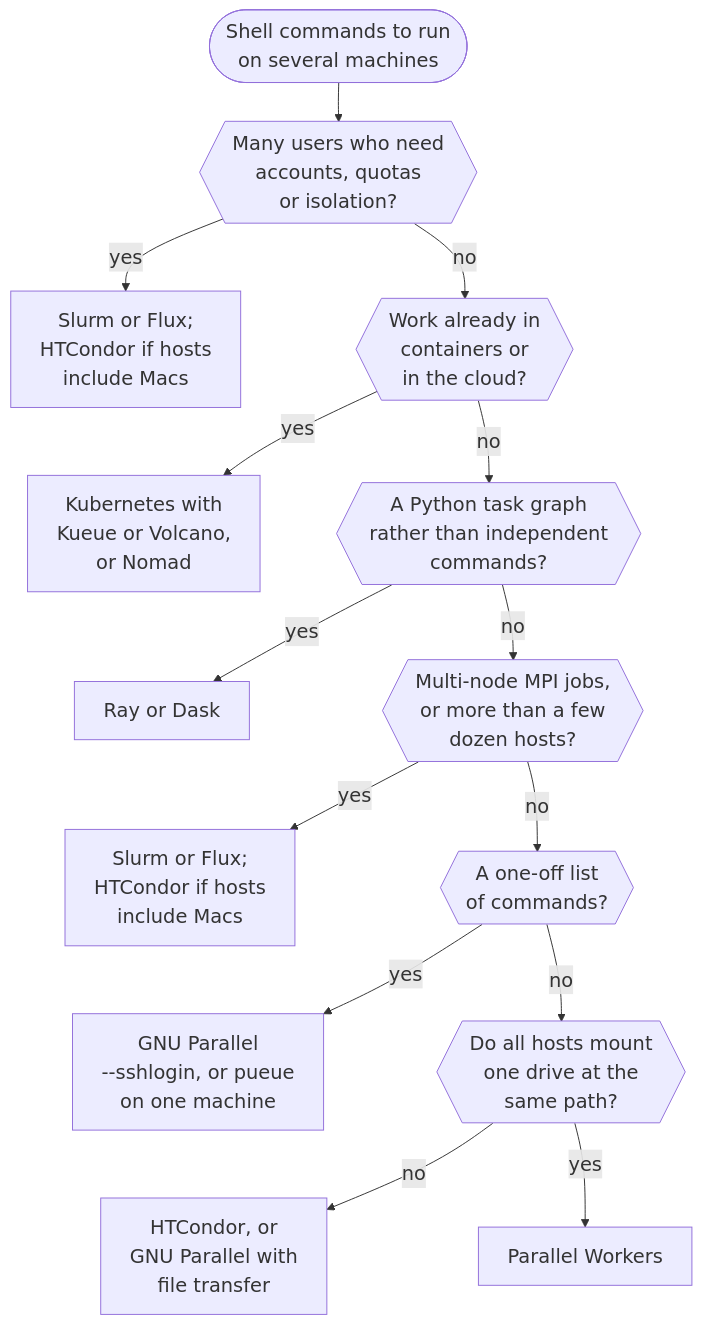
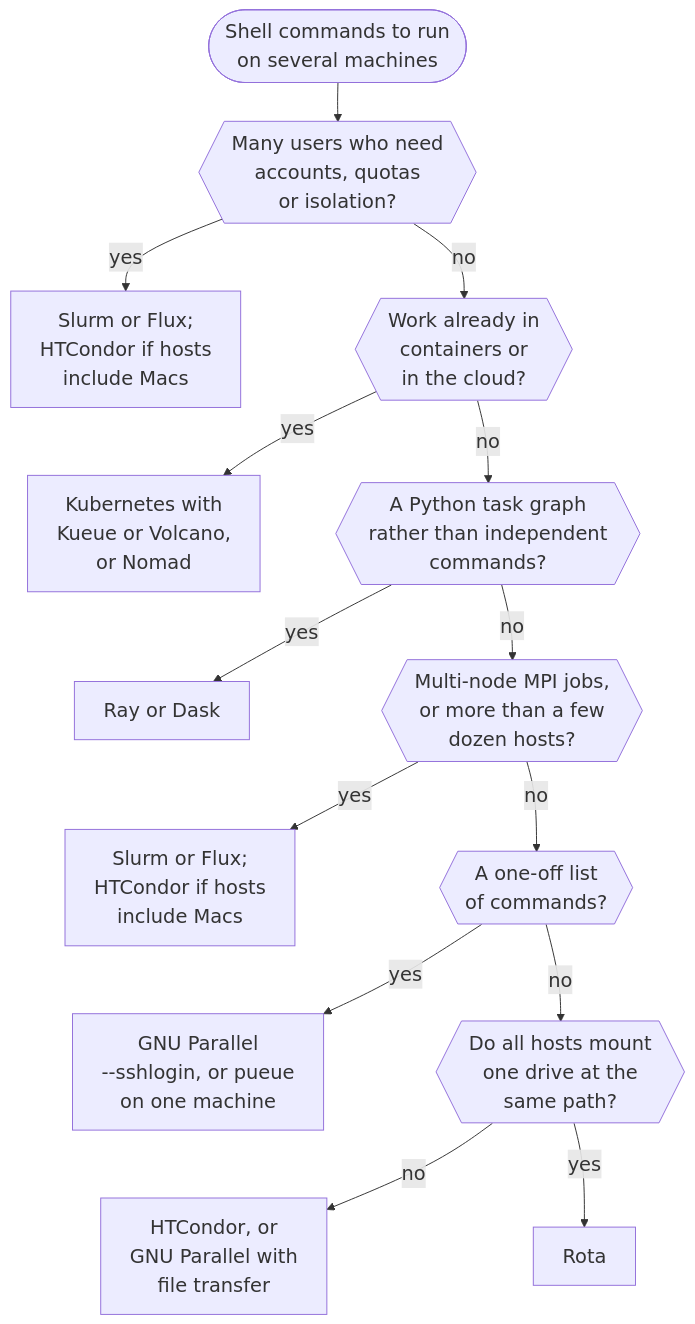
Before and after one commit to NikVetr/rota: the diagram in docs/comparison.md, drawn with Mermaid. The commit also changed other lines of this file and 54 other files, not shown here.

````diff
--- a/docs/comparison.md
+++ b/docs/comparison.md
@@ -128,19 +128,19 @@
 ```mermaid
 %%{init: {"themeVariables": {"fontSize": "20px"}, "flowchart": {"nodeSpacing": 30, "rankSpacing": 40, "wrappingWidth": 300}}}%%
 flowchart TD
     start([Shell commands to run<br/>on several machines]) --> users
     users{{Many users who need<br/>accounts, quotas<br/>or isolation?}} -- yes --> slurm[Slurm or Flux;<br/>HTCondor if hosts<br/>include Macs]
     users -- no --> containers{{Work already in<br/>containers or<br/>in the cloud?}}
     containers -- yes --> k8s[Kubernetes with<br/>Kueue or Volcano,<br/>or Nomad]
     containers -- no --> tasks{{A Python task graph<br/>rather than independent<br/>commands?}}
     tasks -- yes --> ray[Ray or Dask]
     tasks -- no --> scale{{Multi-node MPI jobs,<br/>or more than a few<br/>dozen hosts?}}
     scale -- yes --> slurm2[Slurm or Flux;<br/>HTCondor if hosts<br/>include Macs]
     scale -- no --> oneoff{{A one-off list<br/>of commands?}}
     oneoff -- yes --> parallel[GNU Parallel<br/>--sshlogin, or pueue<br/>on one machine]
     oneoff -- no --> drive{{Do all hosts mount<br/>one drive at the<br/>same path?}}
     drive -- no --> condor[HTCondor, or<br/>GNU Parallel with<br/>file transfer]
-    drive -- yes --> pw[Parallel Workers]
+    drive -- yes --> pw[Rota]
     %% Invisible links keep the answers in one column beside the questions, so the chart stays narrow.
     slurm ~~~ k8s ~~~ ray ~~~ slurm2 ~~~ parallel ~~~ condor
 ```
````
